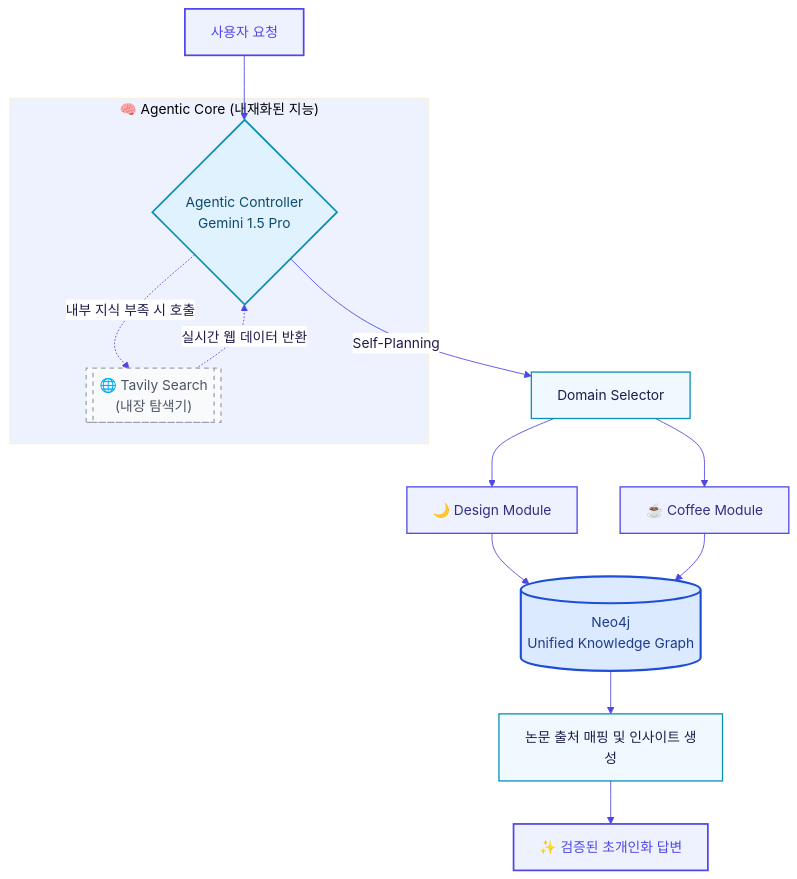
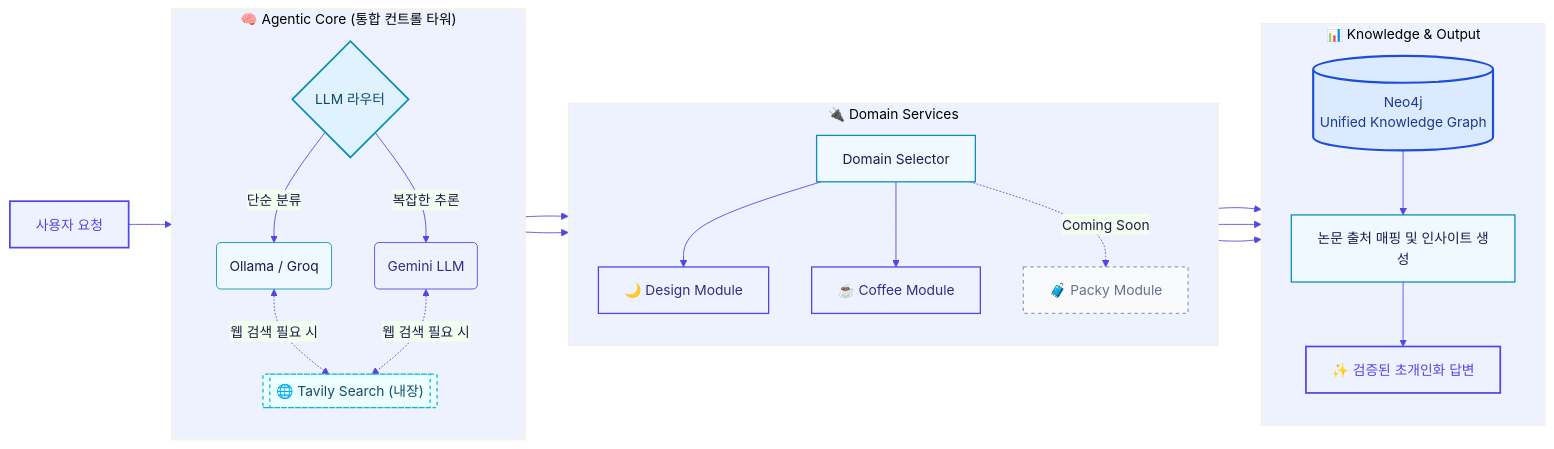
One commit to hoilycat/Universal-Insight-Engine changed the diagram in README.md. Above: the diagram before and after it, drawn with Mermaid. The commit also changed other lines of this file, not shown here.

Commit message:
Update Agentic Reasoning Pipeline description

````diff
--- a/README.md
+++ b/README.md
@@ -59,32 +59,49 @@
 ```mermaid
-%%{init: {
-  'theme': 'base',  'themeVariables': {    'primaryColor': '#EEF2FF',    'primaryTextColor': '#1E1B4B',    'primaryBorderColor': '#4F46E5',    'lineColor': '#4F46E5',    'edgeLabelBackground': '#ffffff',    'clusterBkg': '#EEF2FF'  }}}%%
-graph TD
-    A["사용자 요청"]:::input --> B{"Agentic Controller<br/>Gemini 1.5 Pro"}:::controller
-    
-    subgraph Core["🧠 Agentic Core (내재화된 지능)"]
-        B
-        F[["🌐 Tavily Search<br/>(내장 탐색기)"]]:::search
-        B -.->|"내부 지식 부족 시 호출"| F
-        F -.->|"실시간 웹 데이터 반환"| B
+%%{init: {'theme': 'base', 'themeVariables': {'primaryColor': '#EEF2FF', 'primaryTextColor': '#1E1B4B', 'primaryBorderColor': '#4F46E5', 'lineColor': '#4F46E5', 'clusterBkg': '#EEF2FF'}}}%%
+graph LR
+    A["사용자 요청"]:::input --> B
+
+    subgraph Core["🧠 Agentic Core (통합 컨트롤 타워)"]
+        direction TB
+        B{"LLM 라우터"}:::controller
+        J("Ollama / Groq"):::llm_local
+        K("Gemini LLM"):::llm_cloud
+        F[["🌐 Tavily Search (내장)"]]:::search
+        B -->|"단순 분류"| J
+        B -->|"복잡한 추론"| K
+        J <-.->|"웹 검색 필요 시"| F
+        K <-.->|"웹 검색 필요 시"| F
     end
 
-    B -->|Self-Planning| C["Domain Selector"]:::selector
-    C --> D["🌙 Design Module"]:::module
-    C --> E["☕ Coffee Module"]:::module
-    
-    D & E --> G[("Neo4j<br/>Unified Knowledge Graph")]:::kg_node
-    
-    G --> H["논문 출처 매핑 및 인사이트 생성"]:::process
-    H --> I["✨ 검증된 초개인화 답변"]:::output
-    
+    J & K --> C
+
+    subgraph Domain["🔌 Domain Services"]
+        direction TB
+        C["Domain Selector"]:::selector
+        C --> D["🌙 Design Module"]:::module
+        C --> E["☕ Coffee Module"]:::module
+        C -.->|"Coming Soon"| P["🧳 Packy Module"]:::module_planned
+    end
+
+    D & E & P --> G
+
+    subgraph Output["📊 Knowledge & Output"]
+        direction TB
+        G[("Neo4j<br/>Unified Knowledge Graph")]:::kg_node
+        G --> H["논문 출처 매핑 및 인사이트 생성"]:::process
+        H --> I["✨ 검증된 초개인화 답변"]:::output
+    end
+
     classDef input fill:#EEF2FF,stroke:#4F46E5,color:#4F46E5,stroke-width:2px
     classDef controller fill:#E0F2FE,stroke:#0891B2,color:#0C4A6E,stroke-width:2px
+    classDef llm_local fill:#F0F9FF,stroke:#0891B2,color:#1E1B4B,stroke-width:1px
+    classDef llm_cloud fill:#EEF2FF,stroke:#4F46E5,color:#312E81,stroke-width:1px
+    classDef search fill:#ECFEFF,stroke:#06B6D4,color:#164E63,stroke-width:1.5px,stroke-dasharray:4 4
     classDef selector fill:#F0F9FF,stroke:#0891B2,color:#1E1B4B,stroke-width:1.5px
     classDef module fill:#EEF2FF,stroke:#4F46E5,color:#312E81,stroke-width:1.5px
-    classDef search fill:#F9FAFB,stroke:#9CA3AF,color:#4B5563,stroke-width:1.5px,stroke-dasharray: 5 5
+    classDef module_planned fill:#F8FAFC,stroke:#94A3B8,color:#64748B,stroke-width:1.5px,stroke-dasharray:4 4
     classDef kg_node fill:#DBEAFE,stroke:#1D4ED8,color:#1E3A8A,stroke-width:2.5px
     classDef process fill:#F0F9FF,stroke:#0891B2,color:#1E1B4B,stroke-width:1.5px
     classDef output fill:#EEF2FF,stroke:#4F46E5,color:#4F46E5,stroke-width:2px
 
 ```
````
